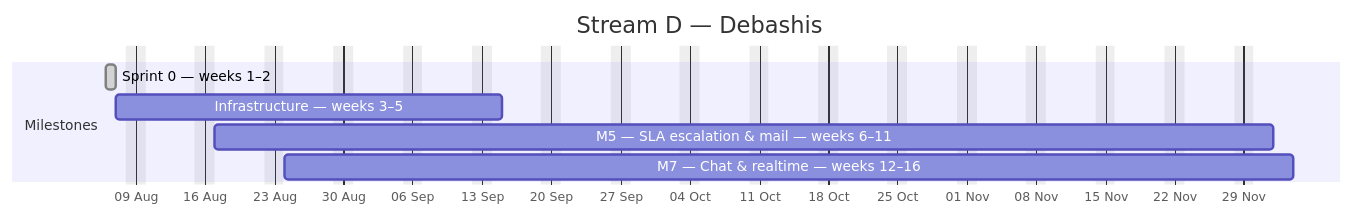
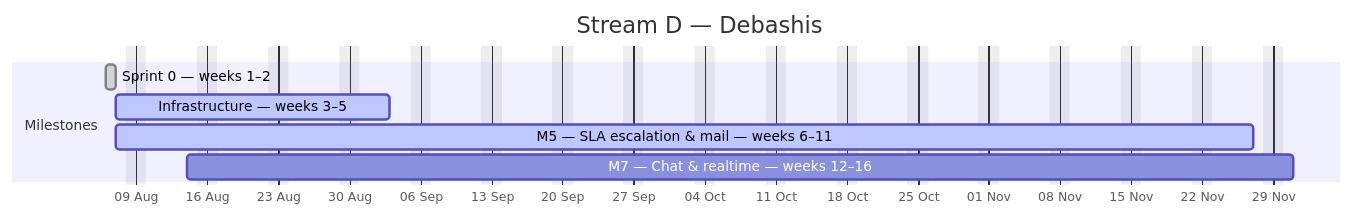
The fourth of 4 diagrams in docs/plan/GANTT.md (debashisedunext/EduTrack), drawn with Mermaid before and after one commit. The commit also changed other lines of this file and 3 other files, not shown here.

````diff
--- a/docs/plan/GANTT.md
+++ b/docs/plan/GANTT.md
@@ -175,12 +171,12 @@
 ```mermaid
 gantt
     dateFormat YYYY-MM-DD
     axisFormat %d %b
     title Stream D — Debashis
     excludes weekends
     section Milestones
     Sprint 0 — weeks 1–2 :done, d0, 2026-08-06, 1d
-    Infrastructure — weeks 3–5 :d1, 2026-08-07, 27d
-    M5 — SLA  escalation & mail — weeks 6–11 :d2, 2026-08-17, 77d
-    M7 — Chat & realtime — weeks 12–16 :d3, 2026-08-24, 74d
+    Infrastructure — weeks 3–5 :active, d1, 2026-08-07, 19d
+    M5 — SLA  escalation & mail — weeks 6–11 :active, d2, 2026-08-07, 80d
+    M7 — Chat & realtime — weeks 12–16 :d3, 2026-08-14, 77d
 ```
````
